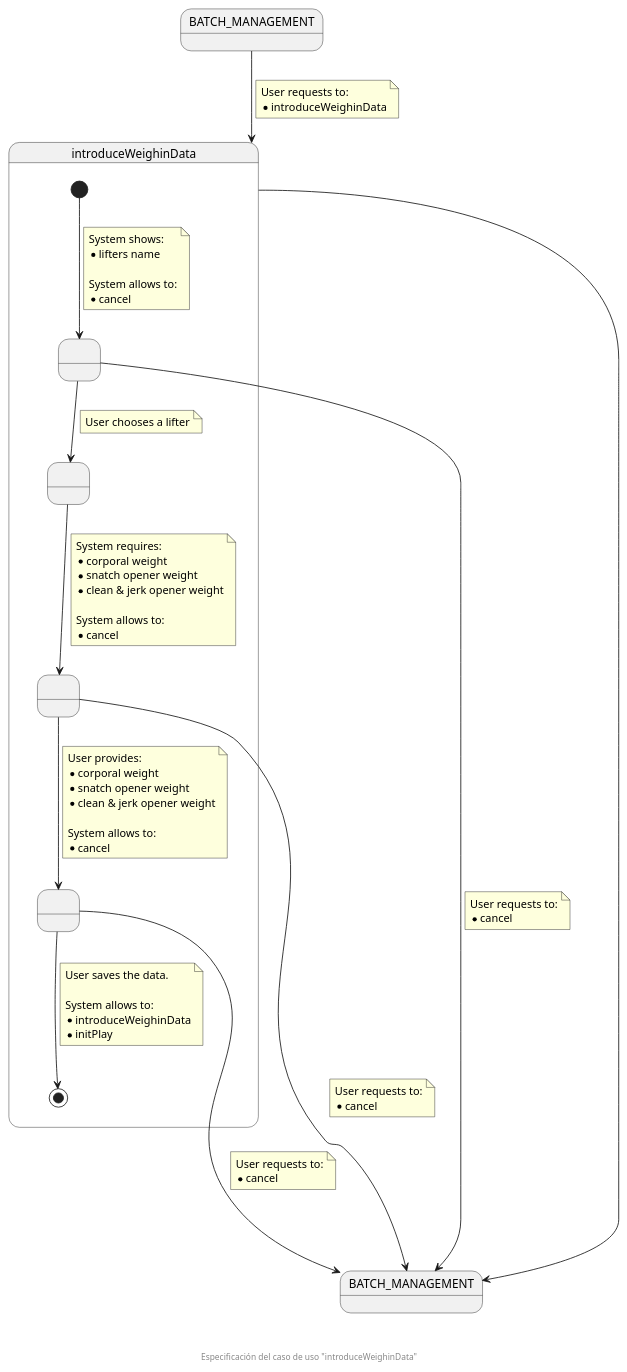
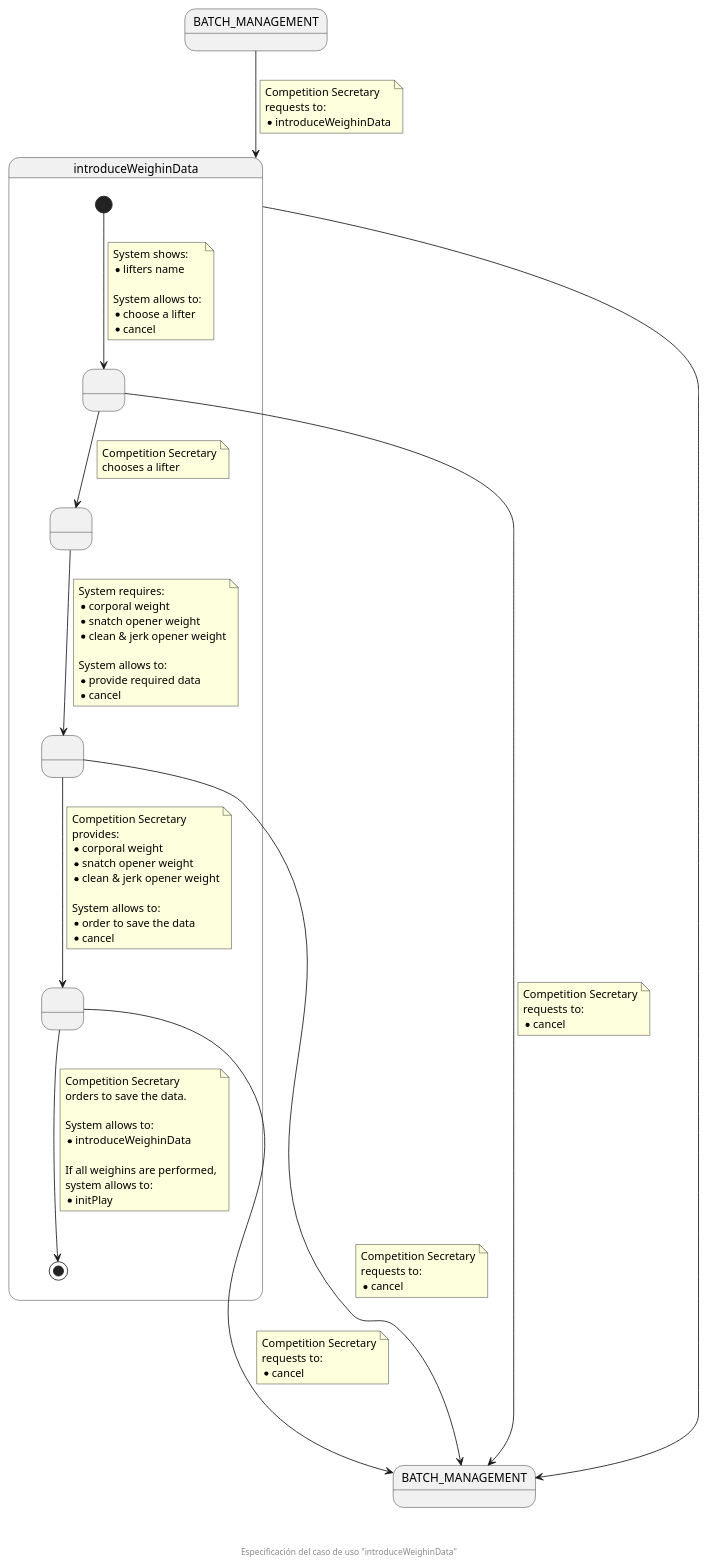
Before and after one commit to zuldare/mastercloud_pfm_halterocms: the diagram in documentation/diagrams/1_requirements/3_useCasesSpecification/competitionSecretary/01_introduceWeighinData.puml, drawn with PlantUML. The commit also changed 4 other files, not shown here.

Commit message:
Fix competition secretary use cases specification

```diff
--- a/documentation/diagrams/1_requirements/3_useCasesSpecification/competitionSecretary/01_introduceWeighinData.puml
+++ b/documentation/diagrams/1_requirements/3_useCasesSpecification/competitionSecretary/01_introduceWeighinData.puml
@@ -1,83 +1,96 @@
 @startuml
 state BATCH_MANAGEMENT
 state "BATCH_MANAGEMENT" as BATCH_MANAGEMENT_F
 state introduceWeighinData {
   state " " as SHOWED_LIFTERS
   state " " as CHOSEN_LIFTER
   state " " as REQUIRED_DATA
   state " " as PROVIDED_DATA
 
   [*] --> SHOWED_LIFTERS
   note on link
     System shows:
     * lifters name
 
     System allows to:
+    * choose a lifter
     * cancel
   end note
   
   SHOWED_LIFTERS --> CHOSEN_LIFTER
   note on link
-    User chooses a lifter
+    Competition Secretary
+    chooses a lifter
   end note
 
   SHOWED_LIFTERS -down-> BATCH_MANAGEMENT_F
   note on link
-    User requests to:
+    Competition Secretary
+    requests to:
     * cancel
   end note
 
   CHOSEN_LIFTER --> REQUIRED_DATA
   note on link
     System requires:
     * corporal weight
     * snatch opener weight
     * clean & jerk opener weight
 
     System allows to:
+    * provide required data
     * cancel
   end note
 
   REQUIRED_DATA -down---> BATCH_MANAGEMENT_F
   note on link
-    User requests to:
+    Competition Secretary
+    requests to:
     * cancel
   end note
 
   REQUIRED_DATA --> PROVIDED_DATA
   note on link
-    User provides:
+    Competition Secretary
+    provides:
     * corporal weight
     * snatch opener weight
     * clean & jerk opener weight
 
     System allows to:
+    * order to save the data
     * cancel
   end note
 
   PROVIDED_DATA --> [*]
   note on link
-    User saves the data.
+    Competition Secretary
+    orders to save the data.
 
     System allows to:
     * introduceWeighinData
+
+    If all weighins are performed,
+    system allows to:
     * initPlay
   end note
 
   PROVIDED_DATA -down---> BATCH_MANAGEMENT_F
   note on link
-    User requests to:
+    Competition Secretary
+    requests to:
     * cancel
   end note
 }
 
 BATCH_MANAGEMENT --> introduceWeighinData
 note on link
-  User requests to:
+  Competition Secretary
+  requests to:
   * introduceWeighinData
 end note
 
 introduceWeighinData ------> BATCH_MANAGEMENT_F
 
 footer \n\n\n Especificación del caso de uso "introduceWeighinData"
 @enduml
```
